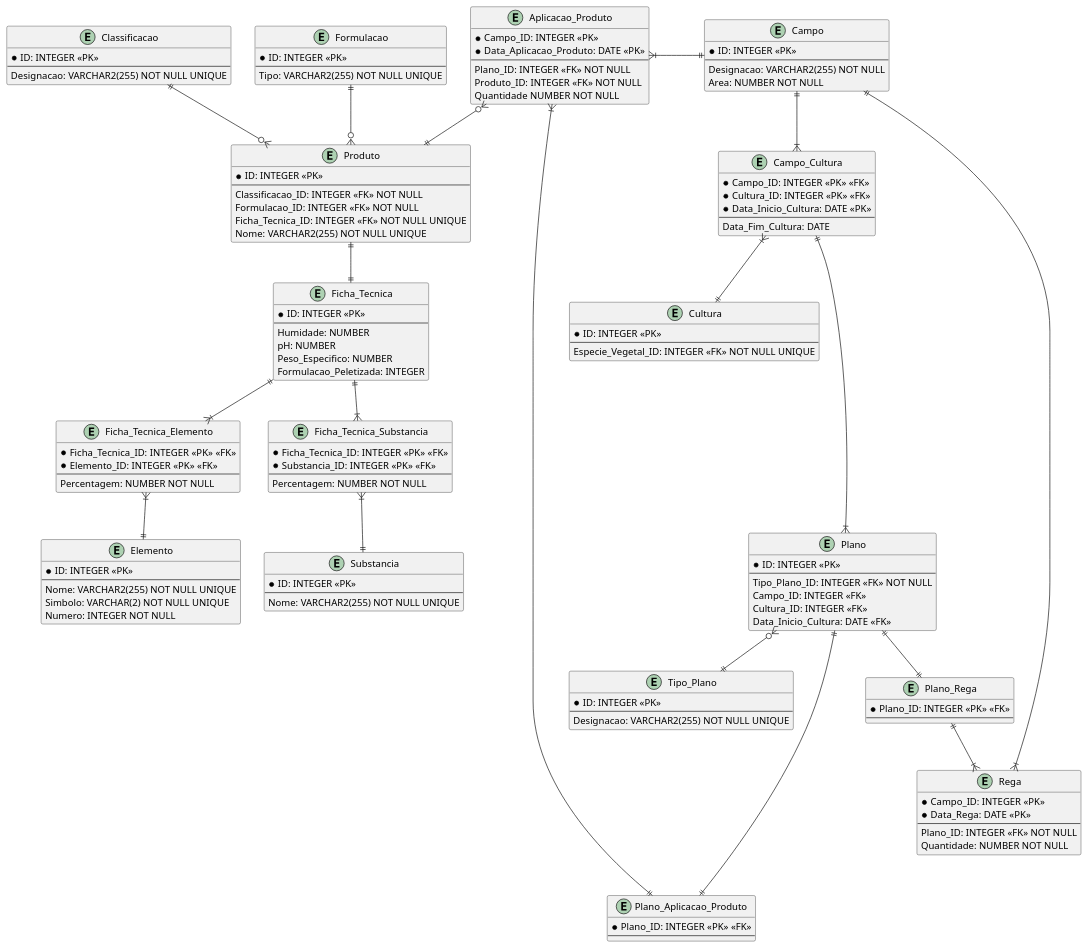
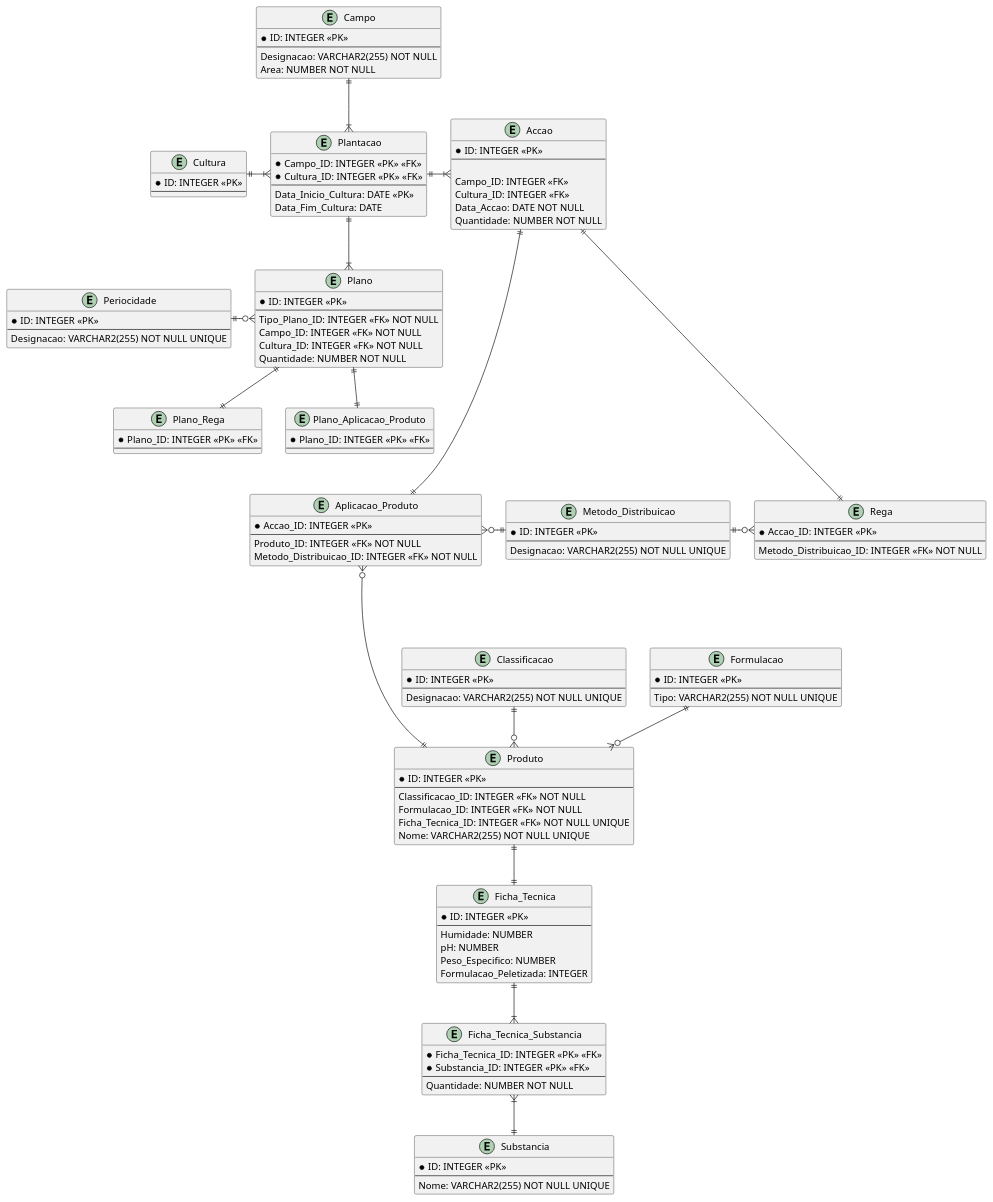
One commit to Mendoncaa/LAPR3 changed the diagram in BDDAD/Quinta-Manutenção.puml. Above: the diagram before and after it, drawn with PlantUML. The commit also changed 2 other files, not shown here.

Commit message:
LAPR23G63-6 #comment Correção do Módulo "Quinta-Manutenção" do Modelo Lógico;

```diff
--- a/BDDAD/Quinta-Manutenção.puml
+++ b/BDDAD/Quinta-Manutenção.puml
@@ -1,168 +1,160 @@
-@startuml Quinta Manutenção
+@startuml Quinta-Manutenção
 
 /'TODO #1:- Verificar se a Designação de um Campo é única e se estas 
 devem seguir um conjunto de regras;'/
 /'TODO #2:- Determinar o valor minímo de uma qualquer Área;'/
 /'Constraints:- [[Area, CHECK(Area > Mínimo)]]'/
 entity Campo {
     * ID: INTEGER <<PK>>
     --
     Designacao: VARCHAR2(255) NOT NULL
     Area: NUMBER NOT NULL
 }
 
 /'Triggers:-
     #1: Verificar que uma Cultura não é simultaneamente uma Cultura_Temporaria
     e Cultura_Permanente;'/
 entity Cultura {
     * ID: INTEGER <<PK>>
     --
-    Especie_Vegetal_ID: INTEGER <<FK>> NOT NULL UNIQUE
 }
 
 /'Constraints:- [[Campo_ID, Data_Inicio_Cultura, UNIQUE(Campo_ID, Data_Inicio_Cultura)], 
 [Data_Fim_Cultura, CHECK(Data_Fim_Cultura < Data_Inicio_Cultura)]]'/
-entity Campo_Cultura {
+entity Plantacao {
     * Campo_ID: INTEGER <<PK>> <<FK>>
     * Cultura_ID: INTEGER <<PK>> <<FK>>
-    * Data_Inicio_Cultura: DATE <<PK>>
     --
+    Data_Inicio_Cultura: DATE <<PK>>
     Data_Fim_Cultura: DATE
 }
 
-entity Plano {
+/'Constraints:- [[Quantidade, CHECK(Quantidade > 0)]]'/
+entity Accao {
     * ID: INTEGER <<PK>>
     --
-    Tipo_Plano_ID: INTEGER <<FK>> NOT NULL
+
     Campo_ID: INTEGER <<FK>>
     Cultura_ID: INTEGER <<FK>>
-    Data_Inicio_Cultura: DATE <<FK>>
-}
-
-entity Plano_Rega {
-    * Plano_ID: INTEGER <<PK>> <<FK>>
-    --
-}
-
-entity Plano_Aplicacao_Produto {
-    * Plano_ID: INTEGER <<PK>> <<FK>>
-    --
-}
-
-/'Constraints:- [[Quantidade, CHECK(Quantidade > 0)]]'/
-entity Aplicacao_Produto {
-    * Campo_ID: INTEGER <<PK>>
-    * Data_Aplicacao_Produto: DATE <<PK>>
-    --
-    Plano_ID: INTEGER <<FK>> NOT NULL
-    Produto_ID: INTEGER <<FK>> NOT NULL
-    Quantidade NUMBER NOT NULL
-}
-
-/'Constraints:- [[Quantidade, CHECK(Quantidade > 0)]]'/
-entity Rega {
-    * Campo_ID: INTEGER <<PK>>
-    * Data_Rega: DATE <<PK>>
-    --
-    Plano_ID: INTEGER <<FK>> NOT NULL
+    Data_Accao: DATE NOT NULL
     Quantidade: NUMBER NOT NULL
 }
 
-entity Tipo_Plano {
+entity Metodo_Distribuicao {
     * ID: INTEGER <<PK>>
     --
     Designacao: VARCHAR2(255) NOT NULL UNIQUE
+}
+
+entity Rega {
+    * Accao_ID: INTEGER <<PK>>
+    --
+    Metodo_Distribuicao_ID: INTEGER <<FK>> NOT NULL
+}
+
+entity Aplicacao_Produto {
+    * Accao_ID: INTEGER <<PK>>
+    --
+    Produto_ID: INTEGER <<FK>> NOT NULL
+    Metodo_Distribuicao_ID: INTEGER <<FK>> NOT NULL
 }
 
 entity Produto {
     * ID: INTEGER <<PK>>
     --
     Classificacao_ID: INTEGER <<FK>> NOT NULL
     Formulacao_ID: INTEGER <<FK>> NOT NULL
     Ficha_Tecnica_ID: INTEGER <<FK>> NOT NULL UNIQUE
     Nome: VARCHAR2(255) NOT NULL UNIQUE
 }
 
 entity Classificacao {
     * ID: INTEGER <<PK>>
     --
     Designacao: VARCHAR2(255) NOT NULL UNIQUE
 }
 
 entity Formulacao {
     * ID: INTEGER <<PK>>
     --
     Tipo: VARCHAR2(255) NOT NULL UNIQUE
 }
 
 entity Ficha_Tecnica {
     * ID: INTEGER <<PK>>
     --
     Humidade: NUMBER
     pH: NUMBER
     Peso_Especifico: NUMBER
     Formulacao_Peletizada: INTEGER
 }
 
-/'Constraints:- [[Numero, CHECK(Numero > 0)]]'/
-entity Elemento {
-    * ID: INTEGER <<PK>>
+entity Ficha_Tecnica_Substancia {
+    * Ficha_Tecnica_ID: INTEGER <<PK>> <<FK>>
+    * Substancia_ID: INTEGER <<PK>> <<FK>>
     --
-    Nome: VARCHAR2(255) NOT NULL UNIQUE
-    Simbolo: VARCHAR(2) NOT NULL UNIQUE
-    Numero: INTEGER NOT NULL
-}
-
-/'Constraints:- [[Percentagem, CHECK(Percentagem > 0)]]'/
-entity Ficha_Tecnica_Elemento {
-    * Ficha_Tecnica_ID: INTEGER <<PK>> <<FK>>
-    * Elemento_ID: INTEGER <<PK>> <<FK>>
-    --
-    Percentagem: NUMBER NOT NULL
+    Quantidade: NUMBER NOT NULL
 }
 
 entity Substancia {
     * ID: INTEGER <<PK>>
     --
     Nome: VARCHAR2(255) NOT NULL UNIQUE
 }
 
-/'Constraints:- [[Percentagem, CHECK(Percentagem > 0)]]'/
-entity Ficha_Tecnica_Substancia {
-    * Ficha_Tecnica_ID: INTEGER <<PK>> <<FK>>
-    * Substancia_ID: INTEGER <<PK>> <<FK>>
+entity Plano {
+    * ID: INTEGER <<PK>>
     --
-    Percentagem: NUMBER NOT NULL
+    Tipo_Plano_ID: INTEGER <<FK>> NOT NULL
+    Campo_ID: INTEGER <<FK>> NOT NULL
+    Cultura_ID: INTEGER <<FK>> NOT NULL
+    Quantidade: NUMBER NOT NULL
 }
 
-Campo ||-d-|{ Campo_Cultura
-Campo ||-r-|{ Rega
-Campo ||-l-|{ Aplicacao_Produto
+entity Periocidade {
+    * ID: INTEGER <<PK>>
+    --
+    Designacao: VARCHAR2(255) NOT NULL UNIQUE
+}
 
-Cultura ||-u-|{ Campo_Cultura
+entity Plano_Rega {
+    * Plano_ID: INTEGER <<PK>> <<FK>>
+    --
+}
 
-Campo_Cultura ||--d--|{ Plano
+entity Plano_Aplicacao_Produto {
+    * Plano_ID: INTEGER <<PK>> <<FK>>
+    --
+}
 
-Tipo_Plano ||-u-o{ Plano
+Campo ||-d-|{ Plantacao
 
-Plano_Rega ||-u-|| Plano
-Plano_Rega ||-d-|{ Rega
+Cultura ||-r-|{ Plantacao
 
-Plano_Aplicacao_Produto ||--u--|| Plano
-Plano_Aplicacao_Produto ||-r-|{ Aplicacao_Produto
+Plantacao ||-r-|{ Accao
+Plantacao ||-d-|{ Plano
+
+Accao ||--d--|| Rega
+Accao ||--d--|| Aplicacao_Produto
+
+Metodo_Distribuicao ||-r-o{ Rega
+Metodo_Distribuicao ||-l-o{ Aplicacao_Produto
 
 Classificacao ||-d-o{ Produto
 
 Formulacao ||-d-o{ Produto
 
 Produto ||-d-|| Ficha_Tecnica
-Produto ||-u-o{ Aplicacao_Produto
+Produto ||--u--o{ Aplicacao_Produto
 
-Ficha_Tecnica ||-d-|{ Ficha_Tecnica_Elemento
 Ficha_Tecnica ||-d-|{ Ficha_Tecnica_Substancia
-
-Elemento ||-u-|{ Ficha_Tecnica_Elemento
 
 Substancia ||-u-|{ Ficha_Tecnica_Substancia
 
+Periocidade ||-r-o{ Plano
+
+Plano_Rega ||-u-|| Plano
+
+Plano_Aplicacao_Produto ||-u-|| Plano
+
 @enduml
```
